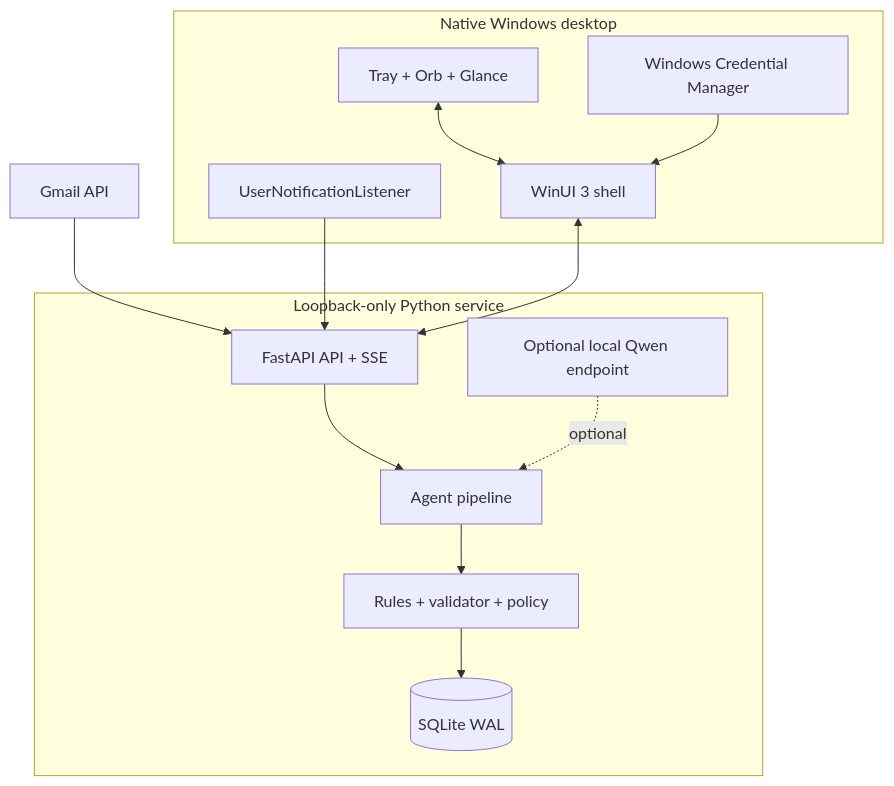
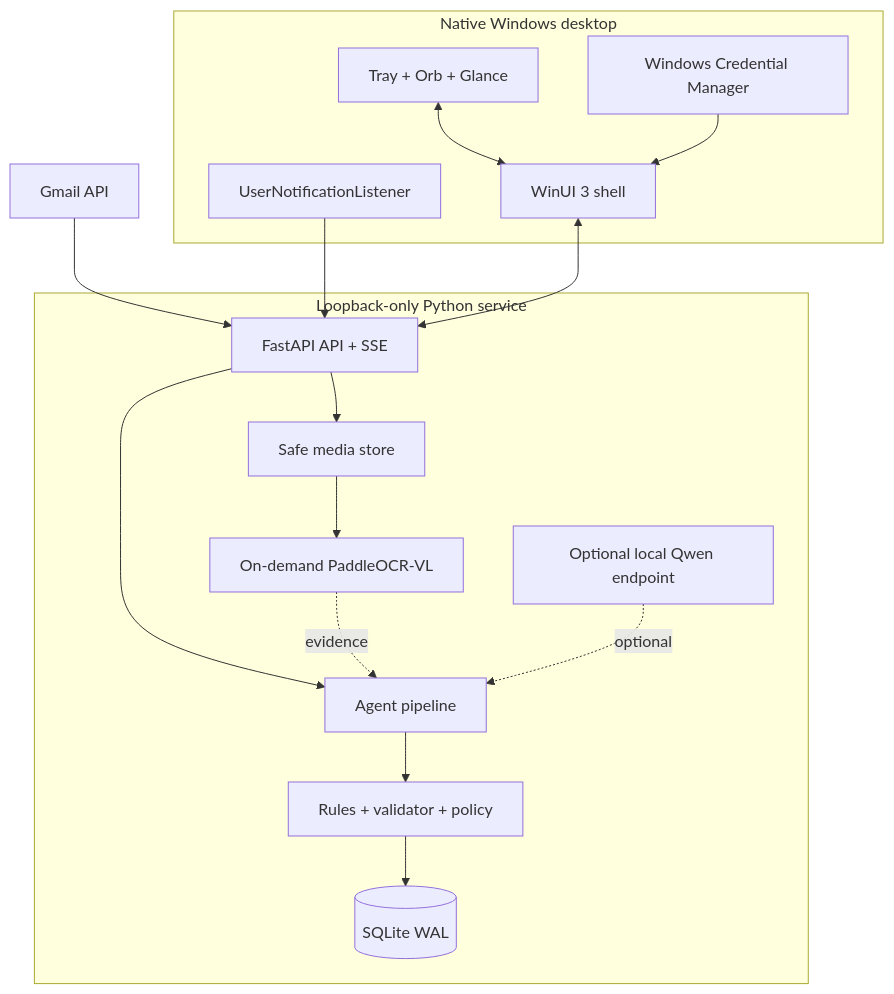
The second of 2 diagrams in README.md (hanklin9188/Signal-Desk-Agent), drawn with Mermaid before and after one commit. The commit also changed other lines of this file and 36 other files, not shown here.

````diff
--- a/README.md
+++ b/README.md
@@ -71,25 +73,29 @@
 ```mermaid
 flowchart TB
     subgraph Windows[Native Windows desktop]
         Shell[WinUI 3 shell]
         Listener[UserNotificationListener]
         Tray[Tray + Orb + Glance]
         Vault[Windows Credential Manager]
     end
 
     subgraph Local[Loopback-only Python service]
         API[FastAPI API + SSE]
         Pipeline[Agent pipeline]
         Rules[Rules + validator + policy]
         Store[(SQLite WAL)]
         Model[Optional local Qwen endpoint]
+        Media[Safe media store]
+        OCR[On-demand PaddleOCR-VL]
     end
 
     Gmail[Gmail API] --> API
     Listener --> API
     Shell <--> API
     Tray <--> Shell
     Vault --> Shell
     API --> Pipeline --> Rules --> Store
+    API --> Media --> OCR
+    OCR -. evidence .-> Pipeline
     Model -. optional .-> Pipeline
 ```
````
